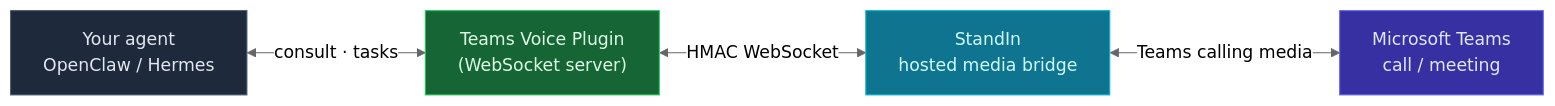
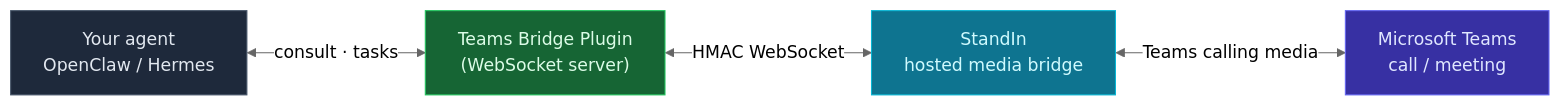
One commit to komaa-com/docs changed the first of 2 diagrams in concepts/architecture.mdx. Above: the diagram before and after it, drawn with Mermaid (neutral theme). The commit also changed other lines of this file and 14 other files, not shown here.

````diff
--- a/concepts/architecture.mdx
+++ b/concepts/architecture.mdx
@@ -13,16 +13,16 @@
 ```mermaid
 flowchart LR
     A["Your agent<br/>OpenClaw / Hermes"]
-    P["Teams Voice Plugin<br/>(WebSocket server)"]
+    P["Teams Bridge Plugin<br/>(WebSocket server)"]
     S["StandIn<br/>hosted media bridge"]
     T["Microsoft Teams<br/>call / meeting"]
 
     A <-->|"consult · tasks"| P
     P <-->|"HMAC WebSocket"| S
     S <-->|"Teams calling media"| T
 
     style A fill:#1e293b,stroke:#475569,color:#e2e8f0
     style P fill:#166534,stroke:#22c55e,color:#dcfce7
     style S fill:#0e7490,stroke:#06b6d4,color:#cffafe
     style T fill:#3730a3,stroke:#6366f1,color:#e0e7ff
 ```
````
